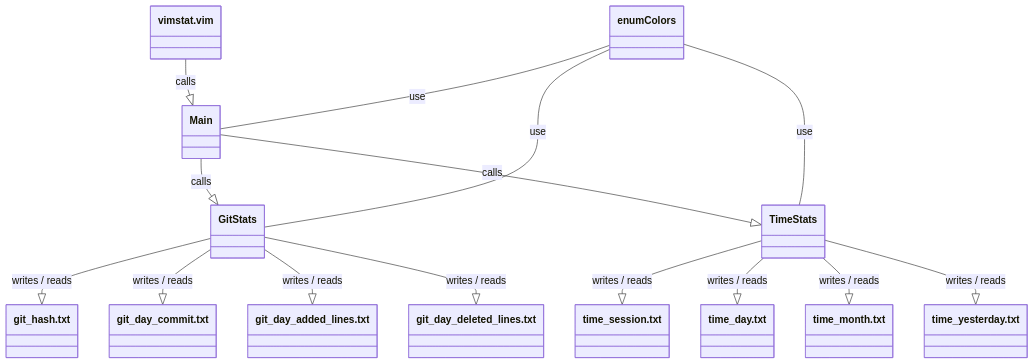
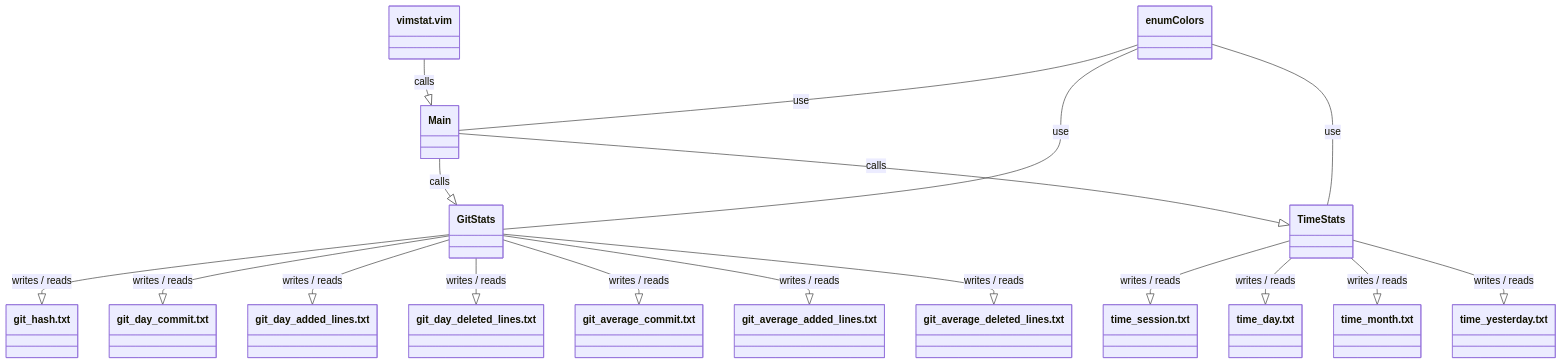
The second of 4 diagrams in vimstat/README.md (AlexandrAnatoliev/jvim-plugins), drawn with Mermaid before and after one commit. The commit also changed other lines of this file and 1 other file, not shown here.

````diff
--- a/vimstat/README.md
+++ b/vimstat/README.md
@@ -179,57 +180,69 @@
 ```mermaid
 classDiagram
   
   class vimstat.vim {
   }
 
   class Main {
   }
 
   class enum Colors {
   }
 
   class GitStats {
   }
 
   class git_hash.txt {
   }
 
   class git_day_commit.txt {
   }
 
   class git_day_added_lines.txt {
   }
 
   class git_day_deleted_lines.txt {
   }
 
+  class git_average_commit.txt {
+  }
+
+  class git_average_added_lines.txt {
+  }
+
+  class git_average_deleted_lines.txt {
+  }
+
   class TimeStats {
   }
 
   class time_session.txt {
   }
 
   class time_day.txt {
   }
 
   class time_month.txt {
   }
 
   class time_yesterday.txt {
   }
 
   vimstat.vim --|> Main : calls
   Main --|> GitStats : calls
   Main --|> TimeStats : calls
   enum Colors -- Main : use
   enum Colors -- GitStats : use
   enum Colors -- TimeStats : use
   GitStats --|> git_hash.txt : writes / reads
   GitStats --|> git_day_commit.txt : writes / reads
   GitStats --|> git_day_added_lines.txt : writes / reads
   GitStats --|> git_day_deleted_lines.txt : writes / reads
+  GitStats --|> git_average_commit.txt : writes / reads
+  GitStats --|> git_average_added_lines.txt : writes / reads
+  GitStats --|> git_average_deleted_lines.txt : writes / reads
   TimeStats --|> time_session.txt : writes / reads
   TimeStats --|> time_day.txt : writes / reads
   TimeStats --|> time_month.txt : writes / reads
   TimeStats --|> time_yesterday.txt : writes / reads
 ```
````
